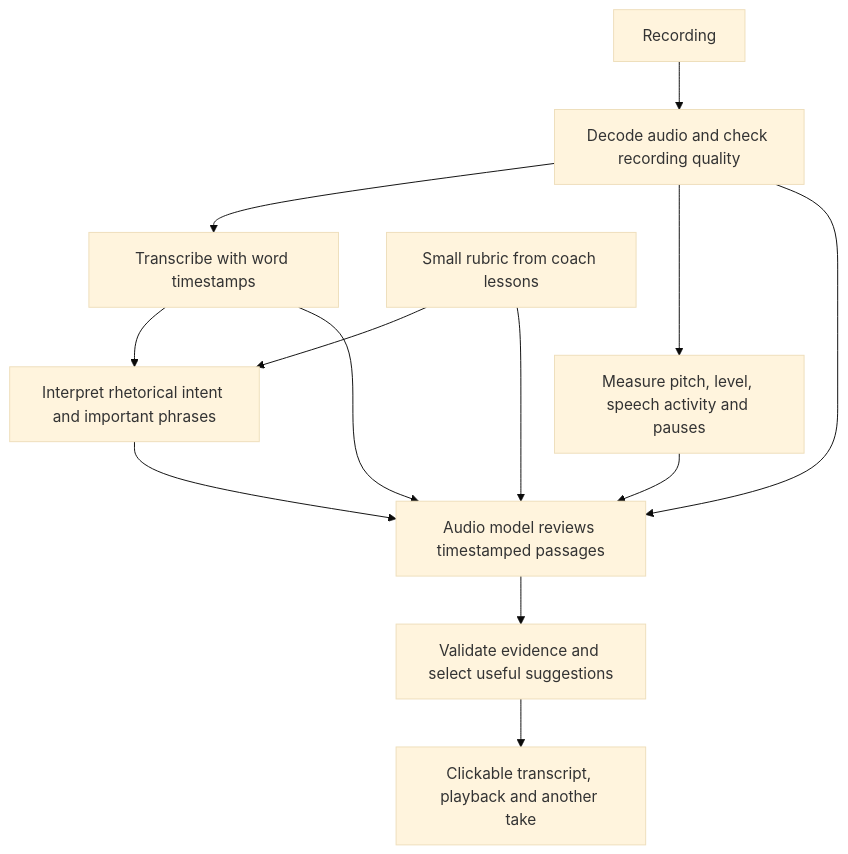
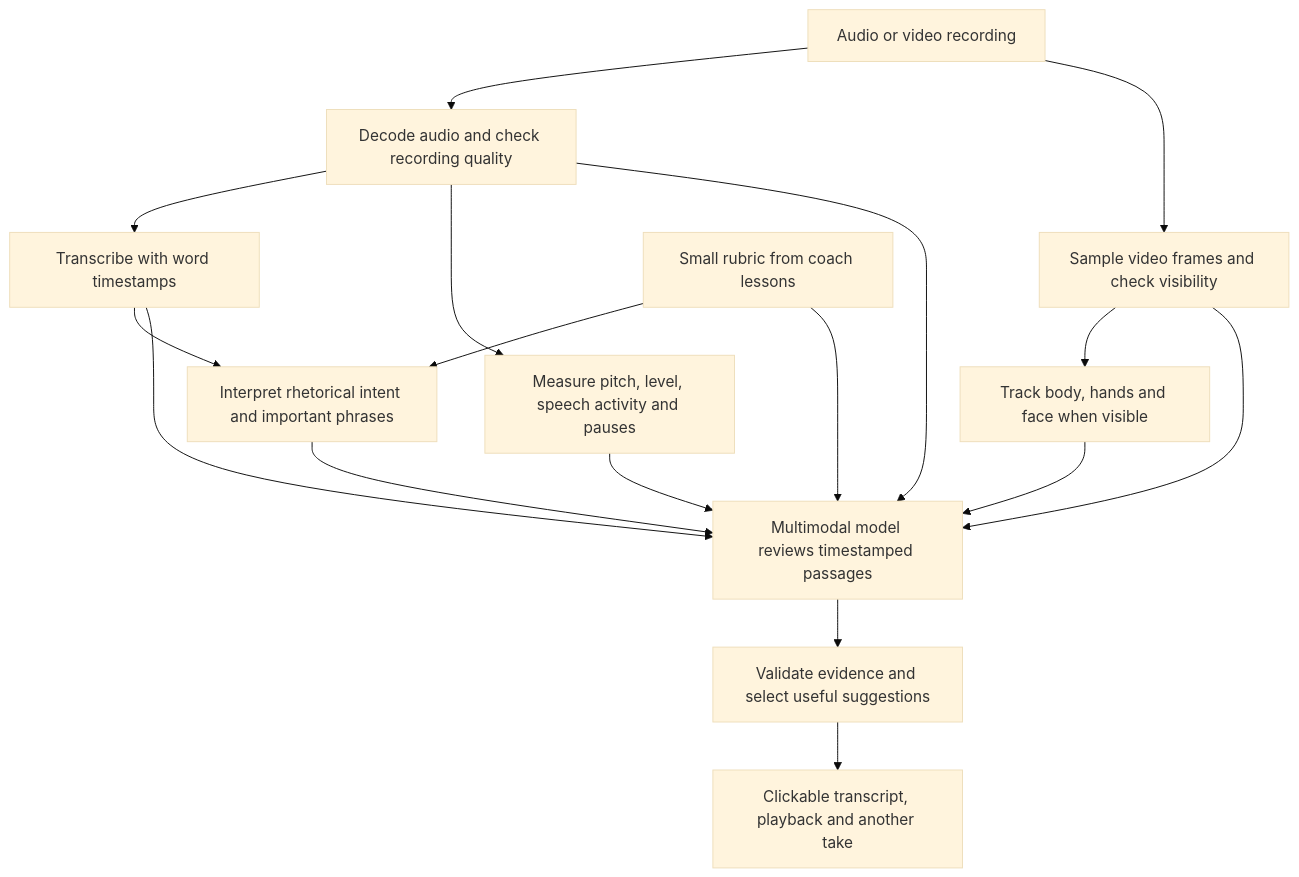
Before and after one commit to poljsakerik/speechapp: the diagram in docs/mvp-research.md, drawn with Mermaid (base theme). The commit also changed other lines of this file and 3 other files, not shown here.

````diff
--- a/docs/mvp-research.md
+++ b/docs/mvp-research.md
@@ -40,15 +40,19 @@
 ```mermaid
 flowchart TD
-    A[Recording] --> B[Decode audio and check recording quality]
+    A[Audio or video recording] --> B[Decode audio and check recording quality]
+    A --> V[Sample video frames and check visibility]
     B --> C[Transcribe with word timestamps]
     B --> D[Measure pitch, level, speech activity and pauses]
+    V --> L[Track body, hands and face when visible]
     C --> E[Interpret rhetorical intent and important phrases]
     R[Small rubric from coach lessons] --> E
-    C --> F[Audio model reviews timestamped passages]
+    C --> F[Multimodal model reviews timestamped passages]
     B --> F
+    V --> F
+    L --> F
     E --> F
     D --> F
     R --> F
     F --> G[Validate evidence and select useful suggestions]
     G --> H[Clickable transcript, playback and another take]
 ```
````
